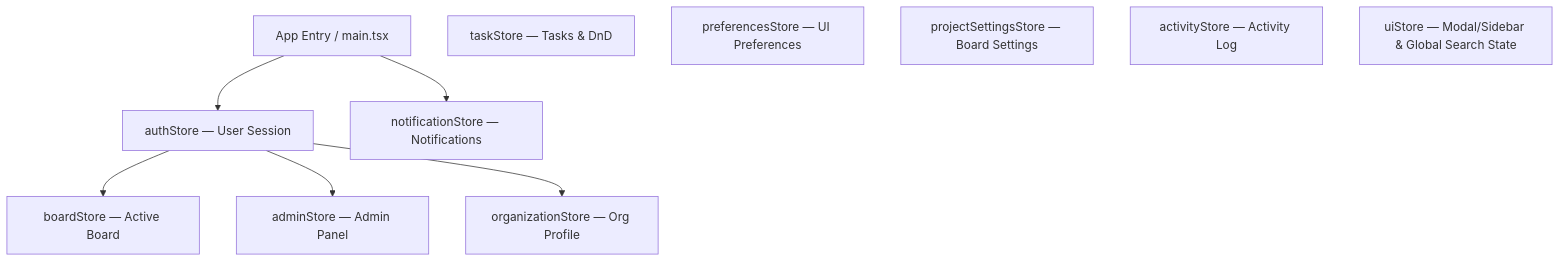
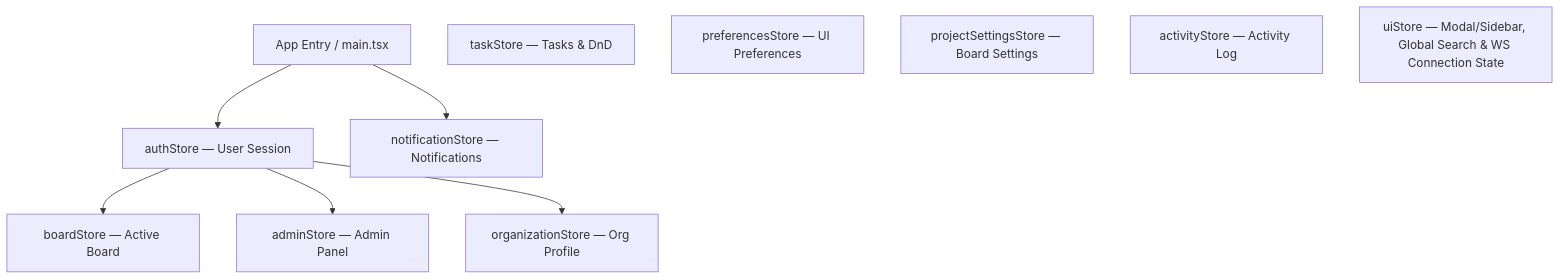
One commit to CoderArindam/kaio changed the first of 2 diagrams in docs/03_FRONTEND_ARCHITECTURE.md. Above: the diagram before and after it, drawn with Mermaid. The commit also changed other lines of this file and 19 other files, not shown here.

Commit message:
feat: implement bulk task operations in Kanban board and add project architecture documentation, also some bug fixes and stabilization

````diff
--- a/docs/03_FRONTEND_ARCHITECTURE.md
+++ b/docs/03_FRONTEND_ARCHITECTURE.md
@@ -157,20 +165,20 @@
 ```mermaid
 graph TD
     App[App Entry / main.tsx]
     AuthStore[authStore — User Session]
     BoardStore[boardStore — Active Board]
     TaskStore[taskStore — Tasks & DnD]
     NotifStore[notificationStore — Notifications]
     AdminStore[adminStore — Admin Panel]
     OrgStore[organizationStore — Org Profile]
     PrefStore[preferencesStore — UI Preferences]
     ProjStore[projectSettingsStore — Board Settings]
     ActStore[activityStore — Activity Log]
-    UIStore[uiStore — Modal/Sidebar & Global Search State]
+    UIStore[uiStore — Modal/Sidebar, Global Search & WS Connection State]
 
     App --> AuthStore
     App --> NotifStore
     AuthStore --> BoardStore
     AuthStore --> AdminStore
     AuthStore --> OrgStore
 ```
````
